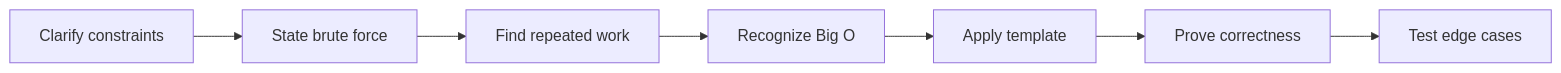
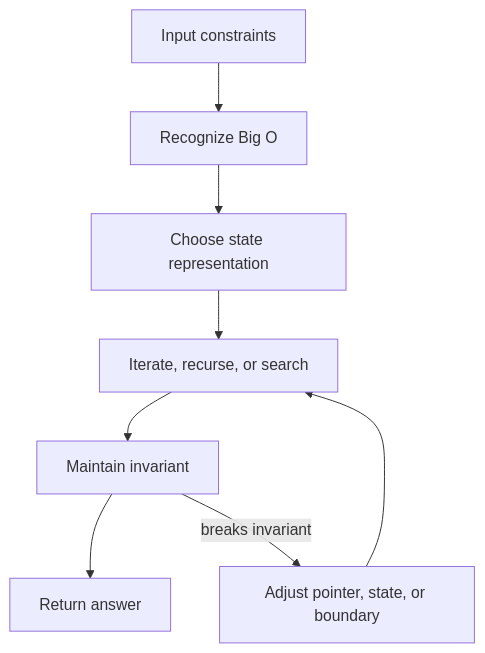
Before and after one commit to abstractinterviews/abstractinterviews.github.io: the second of 2 diagrams in coding-round/foundations/big-o/index.md, drawn with Mermaid. The commit also changed other lines of this file and 278 other files, not shown here.

````diff
--- a/coding-round/foundations/big-o/index.md
+++ b/coding-round/foundations/big-o/index.md
@@ -123,9 +121,10 @@
-~~~mermaid
-flowchart LR
-    A["Clarify constraints"] --> B["State brute force"]
-    B --> C["Find repeated work"]
-    C --> D["Recognize Big O"]
-    D --> E["Apply template"]
-    E --> F["Prove correctness"]
-    F --> G["Test edge cases"]
-~~~
+```mermaid
+flowchart TD
+    Input["Input constraints"] --> Pattern["Recognize Big O"]
+    Pattern --> State["Choose state representation"]
+    State --> Iterate["Iterate, recurse, or search"]
+    Iterate --> Check["Maintain invariant"]
+    Check --> Result["Return answer"]
+    Check -->|breaks invariant| Fix["Adjust pointer, state, or boundary"]
+    Fix --> Iterate
+```
````
